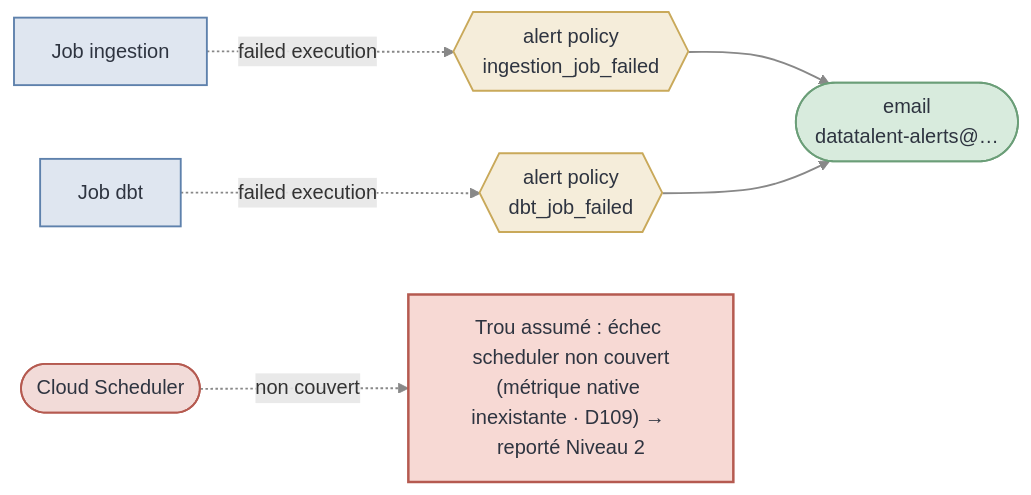
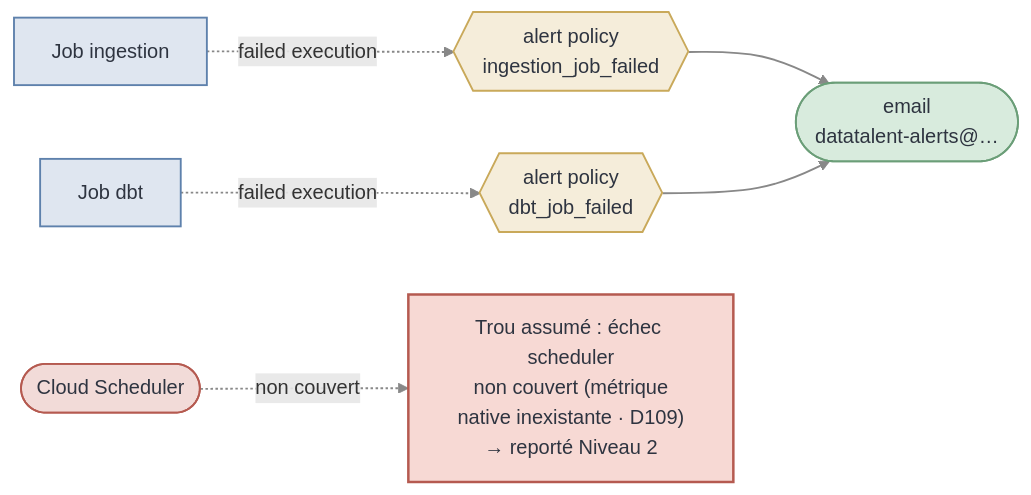
Before and after one commit to GMartin-Data/datatalent: the fifth of 6 diagrams in docs/architecture.md, drawn with Mermaid. The commit also changed other lines of this file, not shown here.

First line of the commit message:
docs(architecture): fix Mermaid label cropping + align Sirene RGPD on #93 (#95)

````diff
--- a/docs/architecture.md
+++ b/docs/architecture.md
@@ -213,31 +213,31 @@
 ```mermaid
 flowchart LR
     CR["Job ingestion"]
     DBT["Job dbt"]
     CS(["Cloud Scheduler"])
 
     AP1{{"alert policy<br/>ingestion_job_failed"}}
     AP2{{"alert policy<br/>dbt_job_failed"}}
     MAIL(["email<br/>datatalent-alerts@…"])
 
     CR -.->|"failed execution"| AP1
     DBT -.->|"failed execution"| AP2
     AP1 --> MAIL
     AP2 --> MAIL
 
-    GAP["Trou assumé : échec scheduler non couvert<br/>(métrique native inexistante · D109) → reporté Niveau 2"]
+    GAP["Trou assumé : échec scheduler<br/>non couvert (métrique<br/>native inexistante · D109)<br/>→ reporté Niveau 2"]
     CS -.->|"non couvert"| GAP
 
     linkStyle default stroke:#888,stroke-width:1.5px
     classDef proc fill:#dfe6f0,stroke:#5e81ac,stroke-width:1.5px,color:#2e3440
     classDef trig fill:#f2dbd8,stroke:#b55a50,stroke-width:1.5px,color:#2e3440
     classDef alert fill:#f5edda,stroke:#c9a95a,stroke-width:1.5px,color:#2e3440
     classDef out fill:#d8ebdd,stroke:#6b9e78,stroke-width:1.5px,color:#2e3440
     classDef gap fill:#f7d9d4,stroke:#b55a50,stroke-width:2px,color:#2e3440
 
     class CR,DBT proc
     class CS trig
     class AP1,AP2 alert
     class MAIL out
     class GAP gap
 ```
````
